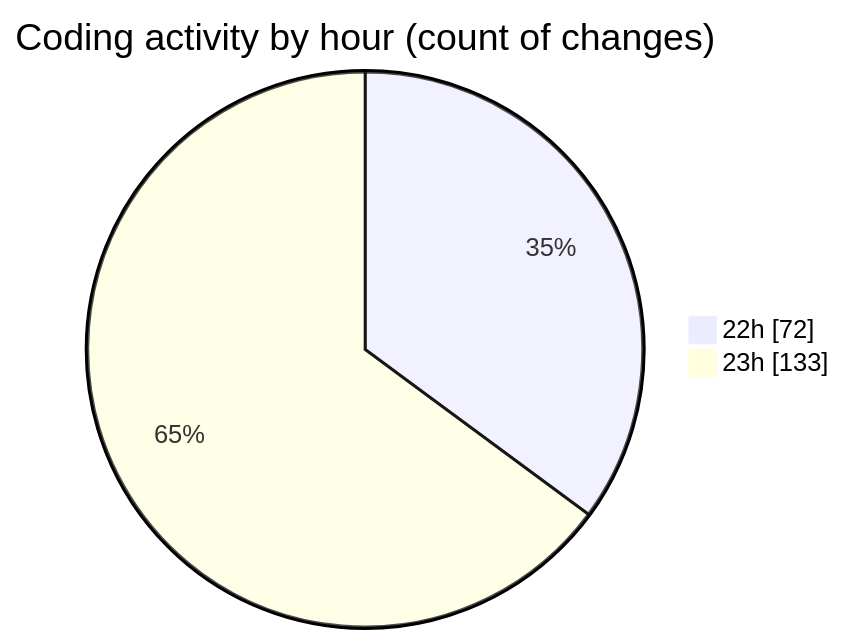
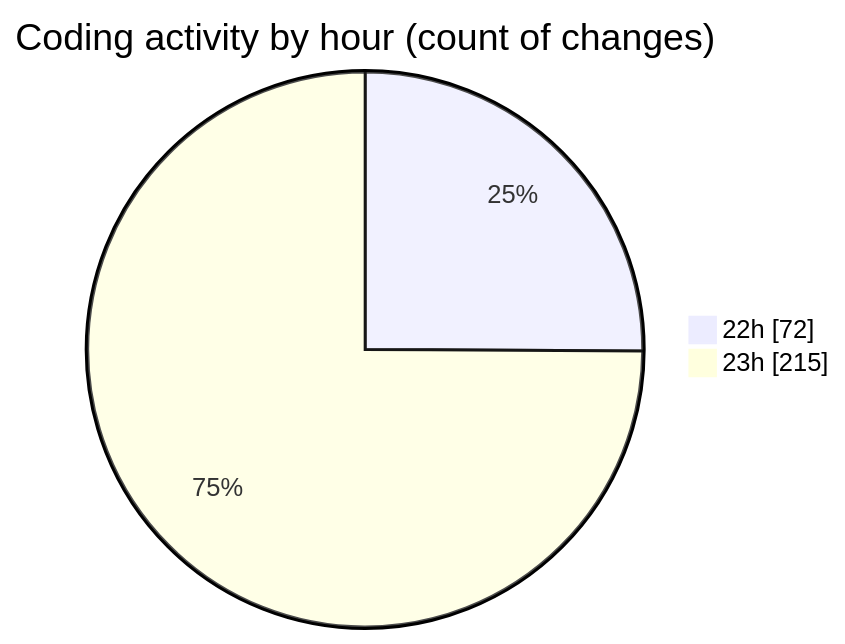
Before and after one commit to Ritupan-Deka/code-tracking: the second of 2 diagrams in 2025-07-28/javascript/README.md, drawn with Mermaid. The commit also changed other lines of this file and 1 other file, not shown here.

````diff
--- a/2025-07-28/javascript/README.md
+++ b/2025-07-28/javascript/README.md
@@ -28,6 +28,6 @@
 ```mermaid
 pie showData
 title Coding activity by hour (count of changes)
 "22h" : 72
-"23h" : 133
+"23h" : 215
 ```
````
